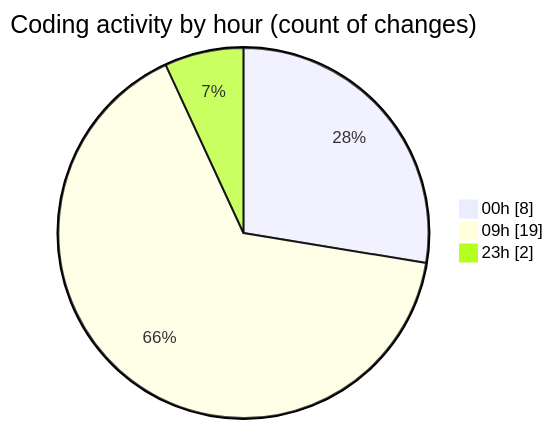
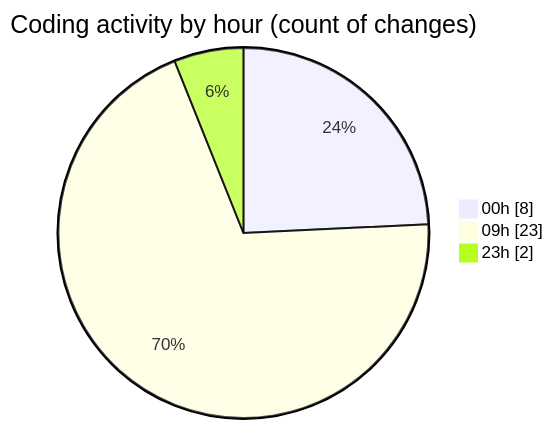
One commit to momahboobian/code-tracking changed the second of 2 diagrams in 2025-12-18/cda/README.md. Above: the diagram before and after it, drawn with Mermaid. The commit also changed other lines of this file and 1 other file, not shown here.

````diff
--- a/2025-12-18/cda/README.md
+++ b/2025-12-18/cda/README.md
@@ -40,7 +41,7 @@
 ```mermaid
 pie showData
 title Coding activity by hour (count of changes)
 "00h" : 8
-"09h" : 19
+"09h" : 23
 "23h" : 2
 ```
````
